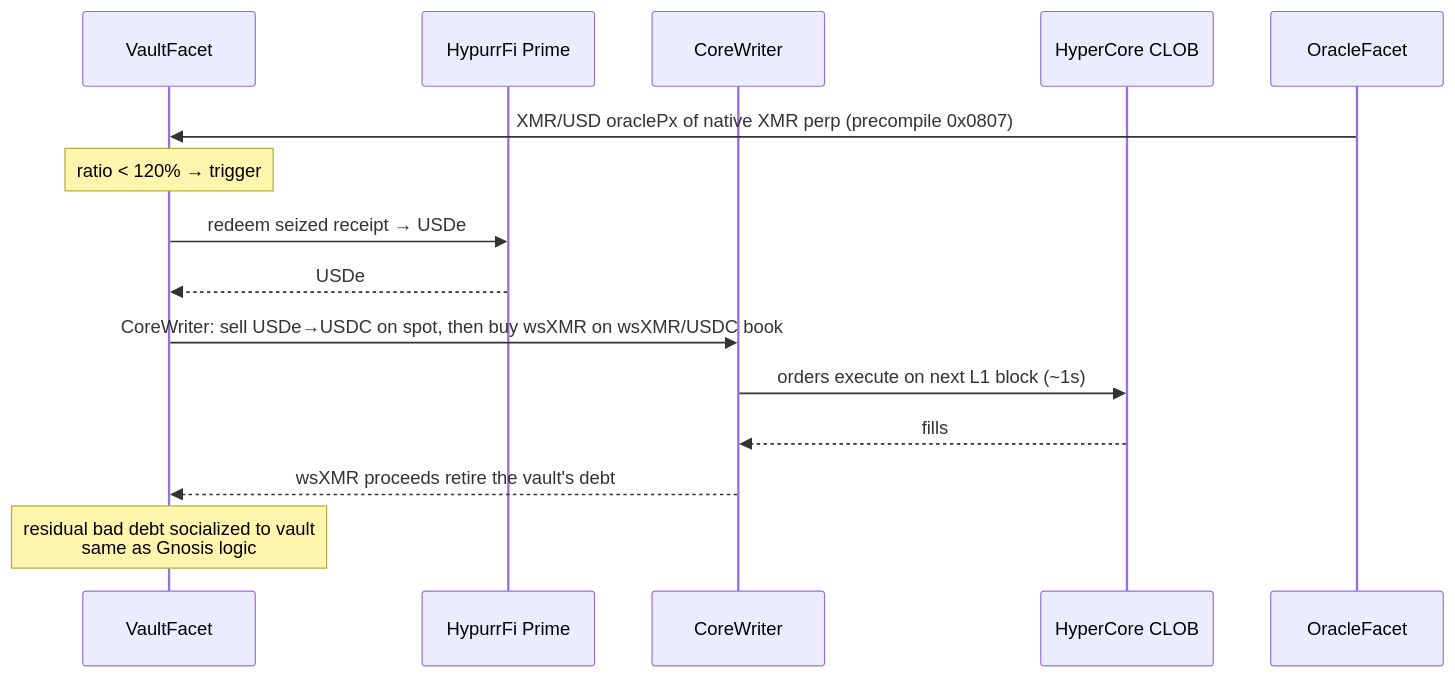
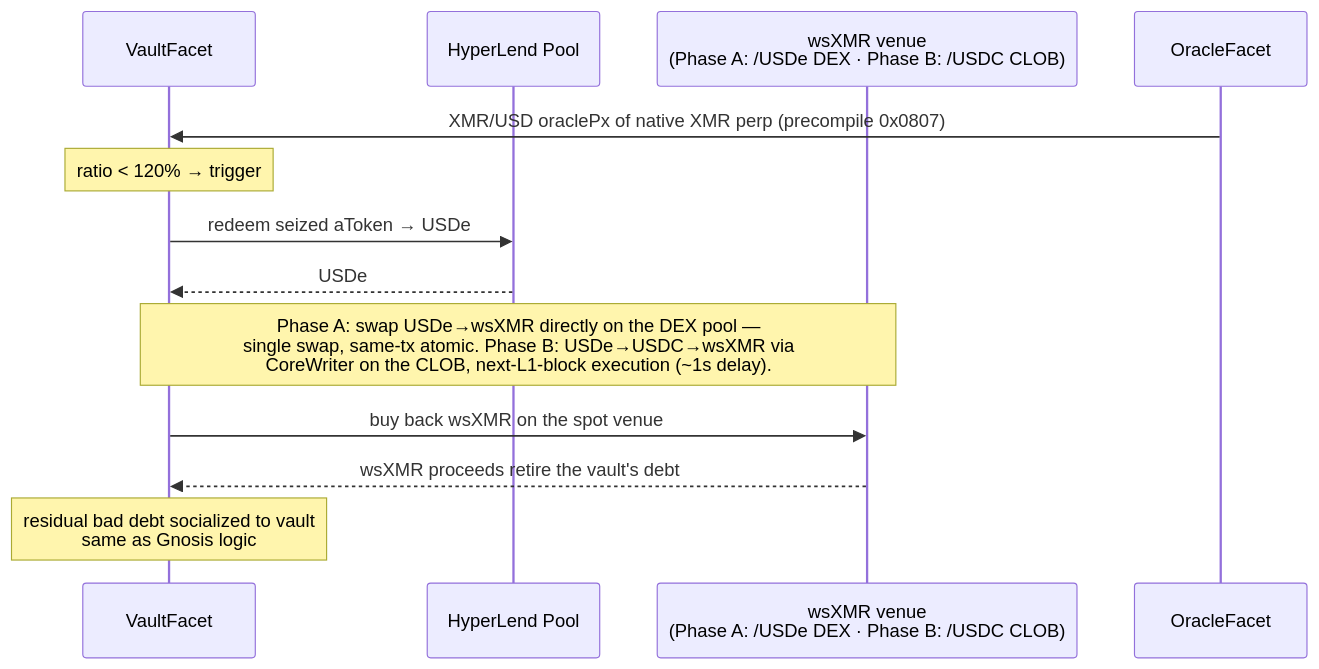
One commit to madschristensen99/wrapsynth changed the second of 2 diagrams in hypeMigration.md. Above: the diagram before and after it, drawn with Mermaid. The commit also changed other lines of this file, not shown here.

First line of the commit message:
Update HyperEVM migration spec: phased venue plan, verified addresses

````diff
--- a/hypeMigration.md
+++ b/hypeMigration.md
@@ -100,18 +96,16 @@
 ```mermaid
 sequenceDiagram
   participant VF as VaultFacet
-  participant HP as HypurrFi Prime
-  participant CW as CoreWriter
-  participant HC as HyperCore CLOB
+  participant HP as HyperLend Pool
+  participant HC as wsXMR venue<br/>(Phase A: /USDe DEX · Phase B: /USDC CLOB)
   participant OF as OracleFacet
 
   OF->>VF: XMR/USD oraclePx of native XMR perp (precompile 0x0807)
   Note over VF: ratio < 120% → trigger
-  VF->>HP: redeem seized receipt → USDe
+  VF->>HP: redeem seized aToken → USDe
   HP-->>VF: USDe
-  VF->>CW: CoreWriter: sell USDe→USDC on spot, then buy wsXMR on wsXMR/USDC book
-  CW->>HC: orders execute on next L1 block (~1s)
-  HC-->>CW: fills
-  CW-->>VF: wsXMR proceeds retire the vault's debt
+  Note over VF,HC: Phase A: swap USDe→wsXMR directly on the DEX pool —<br/>single swap, same-tx atomic. Phase B: USDe→USDC→wsXMR via<br/>CoreWriter on the CLOB, next-L1-block execution (~1s delay).
+  VF->>HC: buy back wsXMR on the spot venue
+  HC-->>VF: wsXMR proceeds retire the vault's debt
   Note over VF: residual bad debt socialized to vault<br/>same as Gnosis logic
 ```
````
